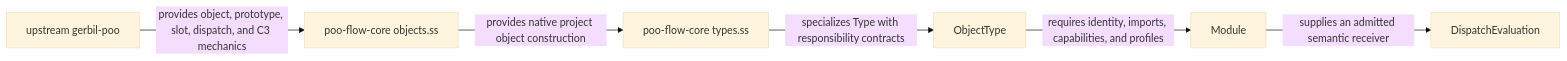
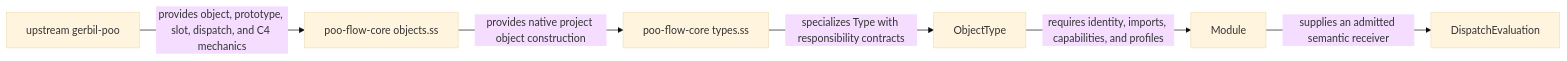
The first of 4 diagrams in docs/10-19-design/10.06-poo-module-system/45-120-01-poo-native-type-and-contract-prototype-foundation.org (tao3k/poo-flow), drawn with Mermaid (base theme) before and after one commit. The commit also changed other lines of this file and 514 other files, not shown here.

```diff
--- a/docs/10-19-design/10.06-poo-module-system/45-120-01-poo-native-type-and-contract-prototype-foundation.org
+++ b/docs/10-19-design/10.06-poo-module-system/45-120-01-poo-native-type-and-contract-prototype-foundation.org
@@ -41,8 +41,8 @@
 #+begin_src mermaid
 flowchart LR
-  U["upstream gerbil-poo"] -->|"provides object, prototype, slot, dispatch, and C3 mechanics"| O["poo-flow-core objects.ss"]
+  U["upstream gerbil-poo"] -->|"provides object, prototype, slot, dispatch, and C4 mechanics"| O["poo-flow-core objects.ss"]
   O -->|"provides native project object construction"| T["poo-flow-core types.ss"]
   T -->|"specializes Type with responsibility contracts"| OT["ObjectType"]
   OT -->|"requires identity, imports, capabilities, and profiles"| M["Module"]
   M -->|"supplies an admitted semantic receiver"| D["DispatchEvaluation"]
 #+end_src
```
